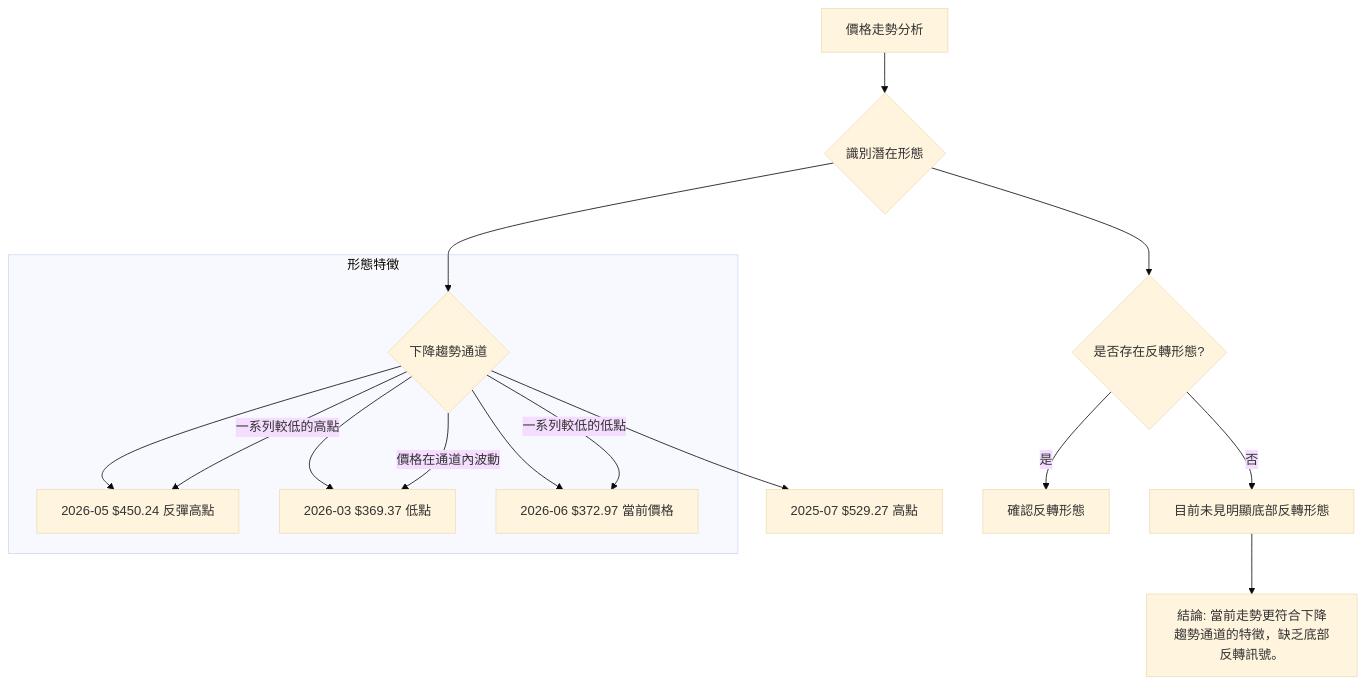
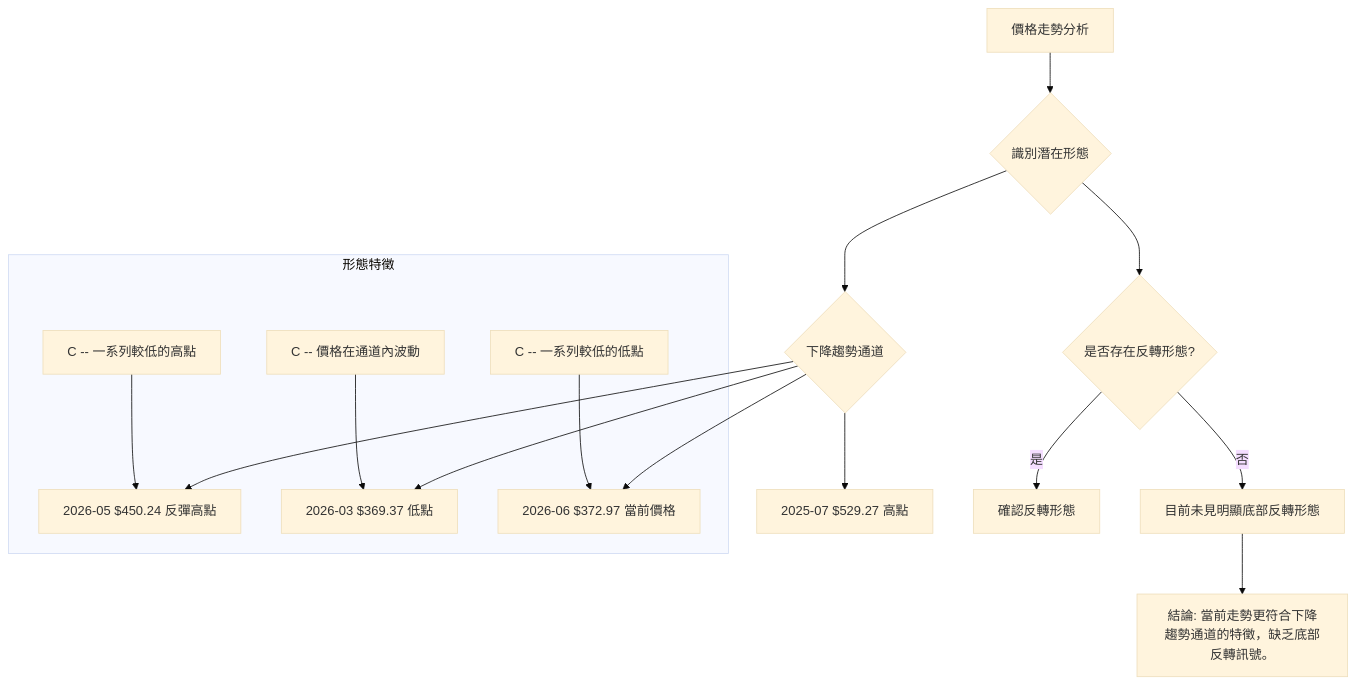
One commit to yennanliu/finance_data changed the fourth of 6 diagrams in ai_gen_report/stock/msft/technical_analysis_2026-06-27_gemini.md. Above: the diagram before and after it, drawn with Mermaid (base theme). The commit also changed other lines of this file and 2258 other files, not shown here.

First line of the commit message:
chore: backfill Mermaid syntax repair across existing reports

````diff
--- a/ai_gen_report/stock/msft/technical_analysis_2026-06-27_gemini.md
+++ b/ai_gen_report/stock/msft/technical_analysis_2026-06-27_gemini.md
@@ -234,21 +234,21 @@
 ```mermaid
 graph TD
-    A[價格走勢分析] --> B{識別潛在形態}
-    B --> C{下降趨勢通道}
-    C --> D[2025-07 $529.27 高點]
-    C --> E[2026-05 $450.24 反彈高點]
-    C --> F[2026-03 $369.37 低點]
-    C --> G[2026-06 $372.97 當前價格]
+    A["價格走勢分析"] --> B{"識別潛在形態"}
+    B --> C{"下降趨勢通道"}
+    C --> D["2025-07 $529.27 高點"]
+    C --> E["2026-05 $450.24 反彈高點"]
+    C --> F["2026-03 $369.37 低點"]
+    C --> G["2026-06 $372.97 當前價格"]
 
     subgraph 形態特徵
-        C -- "一系列較低的高點" --> E
-        C -- "一系列較低的低點" --> G
-        C -- "價格在通道內波動" --> F
+        nb1["C -- "一系列較低的高點""] --> E
+        nb2["C -- "一系列較低的低點""] --> G
+        nb3["C -- "價格在通道內波動""] --> F
     end
 
-    B --> H{是否存在反轉形態?}
-    H -- 否 --> I[目前未見明顯底部反轉形態]
-    H -- 是 --> J[確認反轉形態]
+    B --> H{"是否存在反轉形態?"}
+    H -- 否 --> I["目前未見明顯底部反轉形態"]
+    H -- 是 --> J["確認反轉形態"]
 
-    I --> K[結論: 當前走勢更符合下降趨勢通道的特徵，缺乏底部反轉訊號。]
+    I --> K["結論: 當前走勢更符合下降趨勢通道的特徵，缺乏底部反轉訊號。"]
 ```
````
